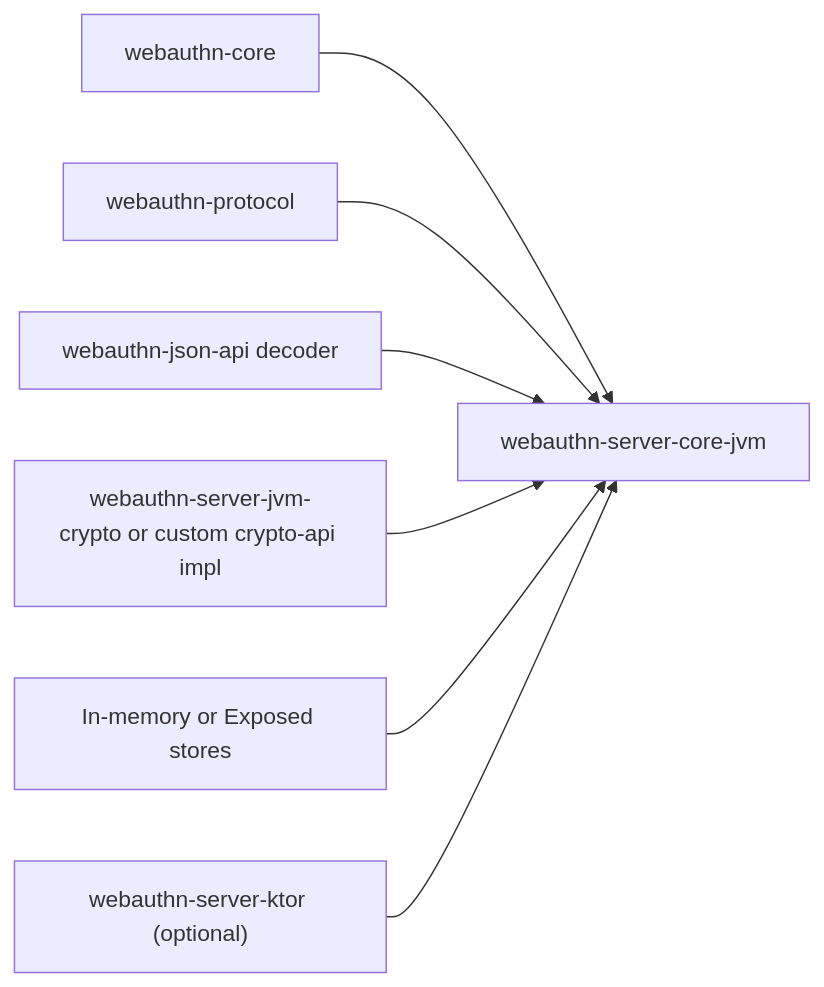
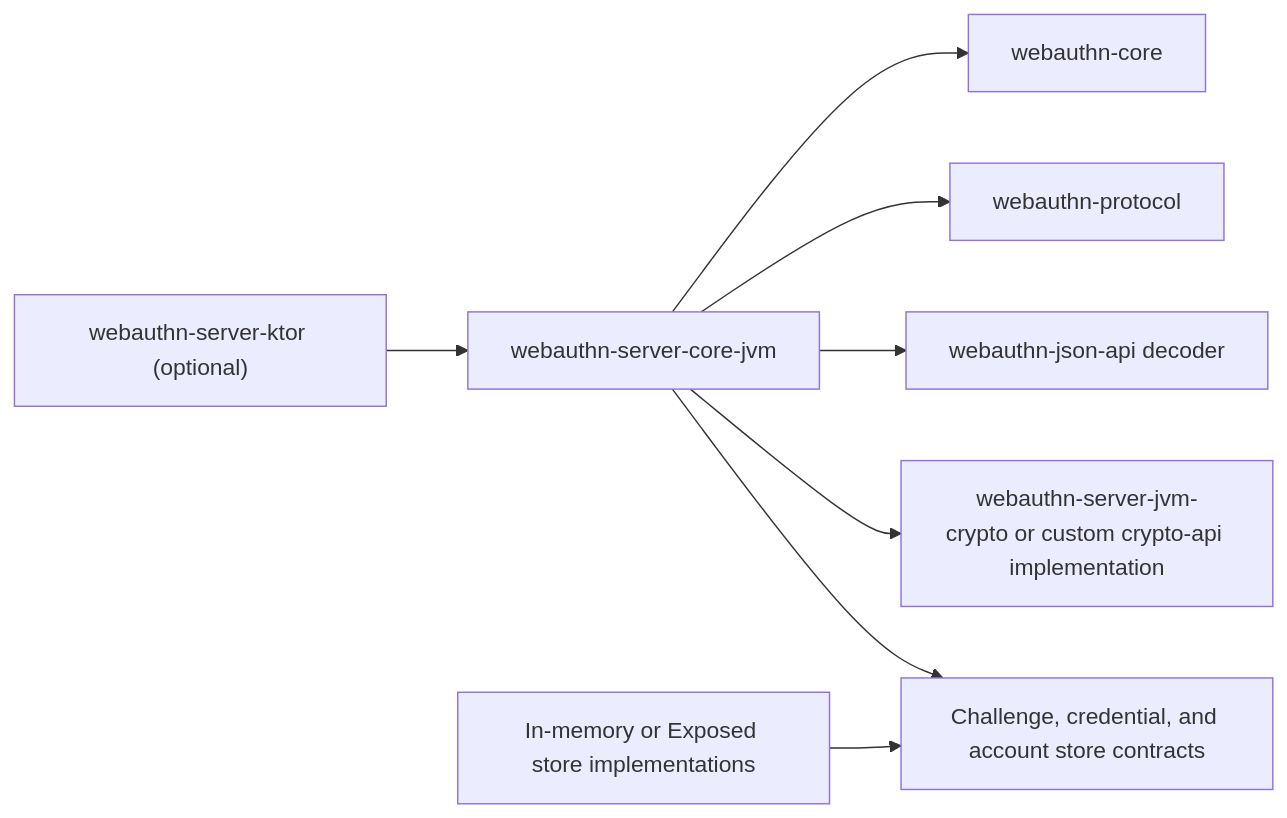
Before and after one commit to szijpeter/webauthn-kotlin-multiplatform: the diagram in server/webauthn-server-core-jvm/README.md, drawn with Mermaid. The commit also changed other lines of this file and 65 other files, not shown here.

````diff
--- a/server/webauthn-server-core-jvm/README.md
+++ b/server/webauthn-server-core-jvm/README.md
@@ -72,9 +72,10 @@
 ```mermaid
 flowchart LR
-    CORE["webauthn-core"] --> SVC["webauthn-server-core-jvm"]
-    PROTOCOL["webauthn-protocol"] --> SVC
-    JSON["webauthn-json-api decoder"] --> SVC
-    CRYPTO["webauthn-server-jvm-crypto or custom crypto-api impl"] --> SVC
-    STORE["In-memory or Exposed stores"] --> SVC
-    KTOR["webauthn-server-ktor (optional)"] --> SVC
+    KTOR["webauthn-server-ktor (optional)"] --> SVC["webauthn-server-core-jvm"]
+    SVC --> CORE["webauthn-core"]
+    SVC --> PROTOCOL["webauthn-protocol"]
+    SVC --> JSON["webauthn-json-api decoder"]
+    SVC --> CRYPTO["webauthn-server-jvm-crypto or custom crypto-api implementation"]
+    SVC --> STORE["Challenge, credential, and account store contracts"]
+    IMPLEMENTATION["In-memory or Exposed store implementations"] --> STORE
 ```
````
